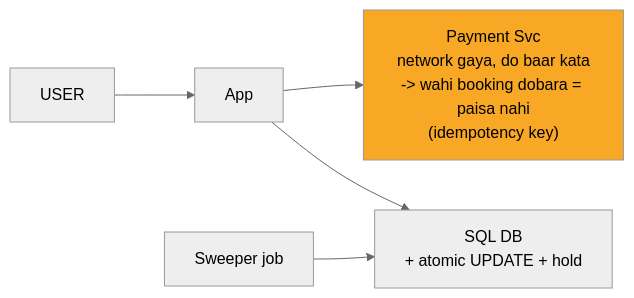
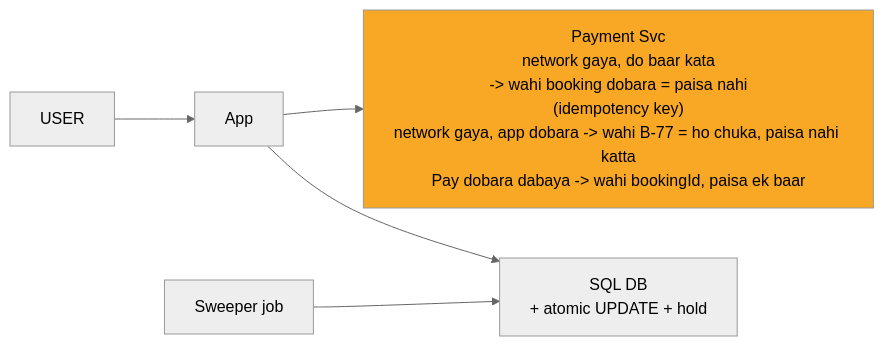
The fourth of 9 diagrams in 04_HLD/SYSTEM_DESIGNS/09_bookmyshow/09_bookmyshow_INTERVIEW.md (ArpanMaheshwari144/Prep), drawn with Mermaid (neutral theme) before and after one commit. The commit also changed other lines of this file and 12 other files, not shown here.

Commit message:
hld 02-14: peele dabbe me SAFAR ke mod + diagram chauda (wrappingWidth 450)

````diff
--- a/04_HLD/SYSTEM_DESIGNS/09_bookmyshow/09_bookmyshow_INTERVIEW.md
+++ b/04_HLD/SYSTEM_DESIGNS/09_bookmyshow/09_bookmyshow_INTERVIEW.md
@@ -160,13 +163,14 @@
 ```mermaid
+%%{init: {"flowchart": {"wrappingWidth": 450}}}%%
 flowchart LR
     n_USER["USER"]
     n_App["App"]
-    n_Payment_Svc["Payment Svc<br/>network gaya, do baar kata<br/>-> wahi booking dobara = paisa nahi<br/>(idempotency key)"]
+    n_Payment_Svc["Payment Svc<br/>network gaya, do baar kata<br/>-> wahi booking dobara = paisa nahi<br/>(idempotency key)<br/>network gaya, app dobara -> wahi B-77 = ho chuka, paisa nahi katta<br/>Pay dobara dabaya -> wahi bookingId, paisa ek baar"]
     n_SQL_DB["SQL DB<br/>+ atomic UPDATE + hold"]
     n_Sweeper_job["Sweeper job"]
     n_USER --> n_App
     n_App --> n_Payment_Svc
     n_App --> n_SQL_DB
     n_Sweeper_job --> n_SQL_DB
     style n_Payment_Svc fill:#f9a825,color:#000
 ```
````
